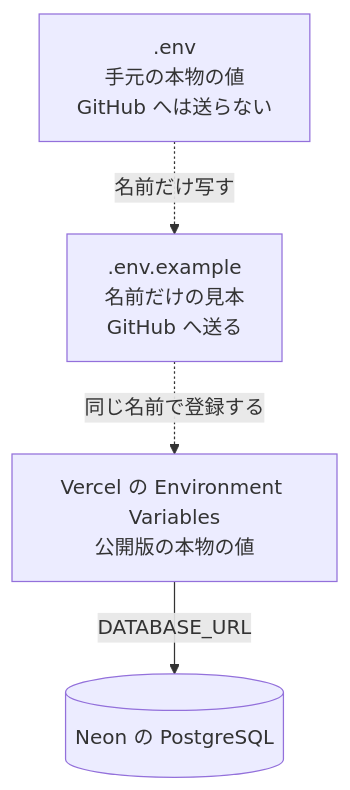
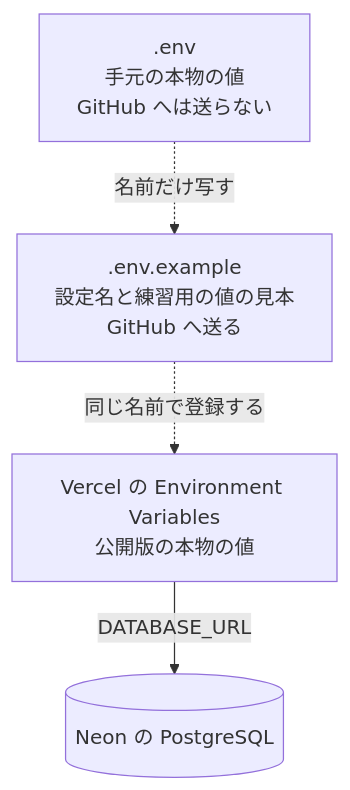
The fourth of 4 diagrams in material/30days-curriculum/day04_ネットに公開.md (kouiso/task-app), drawn with Mermaid before and after one commit. The commit also changed other lines of this file and 16 other files, not shown here.

````diff
--- a/material/30days-curriculum/day04_ネットに公開.md
+++ b/material/30days-curriculum/day04_ネットに公開.md
@@ -413,10 +427,10 @@
 ```mermaid
 flowchart TB
     ENV[".env<br/>手元の本物の値<br/>GitHub へは送らない"]
-    EX[".env.example<br/>名前だけの見本<br/>GitHub へ送る"]
+    EX[".env.example<br/>設定名と練習用の値の見本<br/>GitHub へ送る"]
     VER["Vercel の Environment Variables<br/>公開版の本物の値"]
     NEON[("Neon の PostgreSQL")]
     ENV -.->|"名前だけ写す"| EX
     EX -.->|"同じ名前で登録する"| VER
     VER -->|"DATABASE_URL"| NEON
 ```
````
